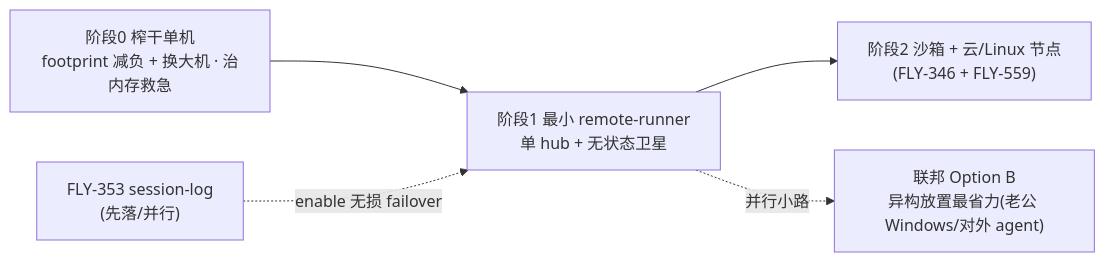
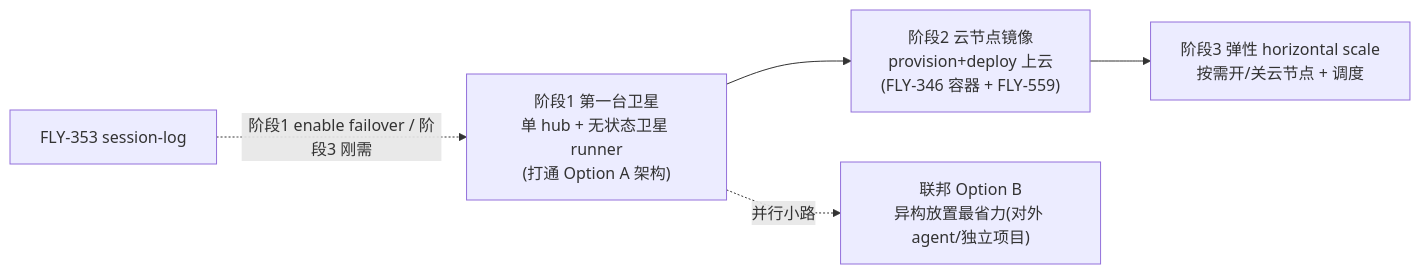
One commit to xrliAnnie/flywheel-qa-sandbox changed the first of 2 diagrams in product/doc/FLY-1005-multi-machine-runners/plan.md. Above: the diagram before and after it, drawn with Mermaid. The commit also changed other lines of this file and 3 other files, not shown here.

````diff
--- a/product/doc/FLY-1005-multi-machine-runners/plan.md
+++ b/product/doc/FLY-1005-multi-machine-runners/plan.md
@@ -40,7 +42,7 @@
 ```mermaid
 graph LR
-    P0["阶段0 榨干单机<br/>footprint 减负 + 换大机 · 治内存救急"] --> P1["阶段1 最小 remote-runner<br/>单 hub + 无状态卫星"]
-    P1 --> P2["阶段2 沙箱 + 云/Linux 节点<br/>(FLY-346 + FLY-559)"]
-    P1 -.并行小路.-> PB["联邦 Option B<br/>异构放置最省力(老公 Windows/对外 agent)"]
-    P3S["FLY-353 session-log<br/>(先落/并行)"] -.enable 无损 failover.-> P1
+    P1["阶段1 第一台卫星<br/>单 hub + 无状态卫星 runner<br/>(打通 Option A 架构)"] --> P2["阶段2 云节点镜像<br/>provision+deploy 上云<br/>(FLY-346 容器 + FLY-559)"]
+    P2 --> P3["阶段3 弹性 horizontal scale<br/>按需开/关云节点 + 调度"]
+    P1 -.并行小路.-> PB["联邦 Option B<br/>异构放置最省力(对外 agent/独立项目)"]
+    P3S["FLY-353 session-log"] -.阶段1 enable failover / 阶段3 刚需.-> P1
 ```
````
